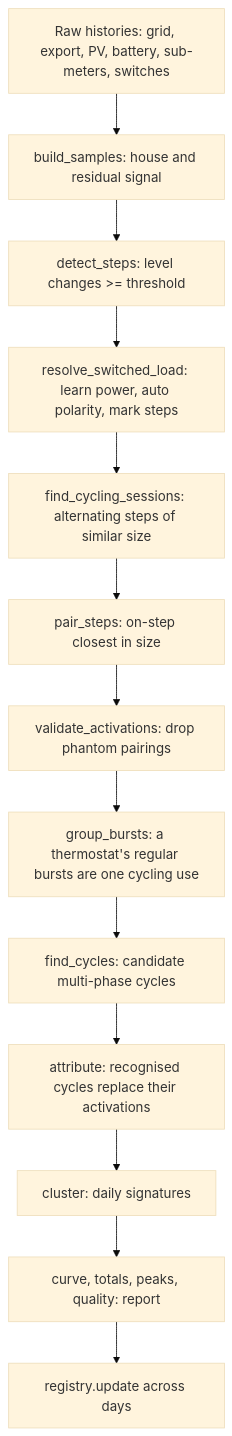
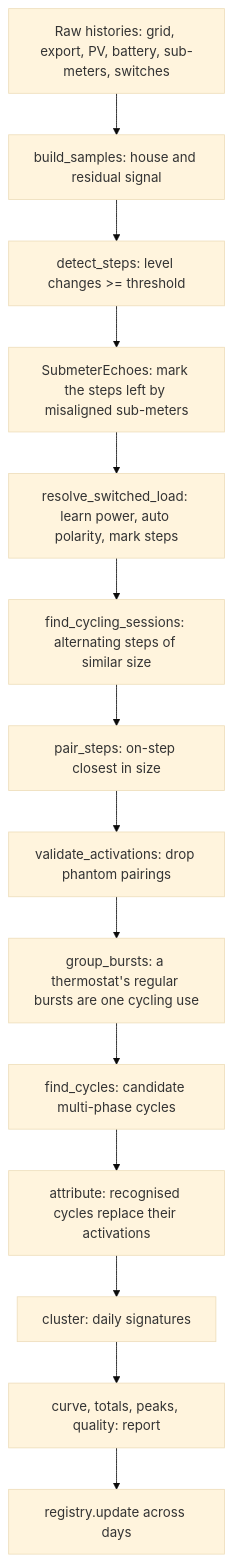
Before and after one commit to Aarklendoia/ha-energy-mapper: the fourth of 7 diagrams in docs/design.md, drawn with Mermaid (base theme). The commit also changed other lines of this file and 11 other files, not shown here.

````diff
--- a/docs/design.md
+++ b/docs/design.md
@@ -326,15 +326,16 @@
 ```mermaid
 flowchart TD
   H[Raw histories: grid, export, PV, battery, sub-meters, switches] --> S[build_samples: house and residual signal]
   S --> D[detect_steps: level changes >= threshold]
-  D --> K[resolve_switched_load: learn power, auto polarity, mark steps]
+  D --> SE[SubmeterEchoes: mark the steps left by misaligned sub-meters]
+  SE --> K[resolve_switched_load: learn power, auto polarity, mark steps]
   K --> C[find_cycling_sessions: alternating steps of similar size]
   C --> P[pair_steps: on-step closest in size]
   P --> V[validate_activations: drop phantom pairings]
   V --> B[group_bursts: a thermostat's regular bursts are one cycling use]
   B --> MC[find_cycles: candidate multi-phase cycles]
   MC --> MA[attribute: recognised cycles replace their activations]
   MA --> G[cluster: daily signatures]
   G --> R[curve, totals, peaks, quality: report]
   R --> RG[registry.update across days]
 ```
````
